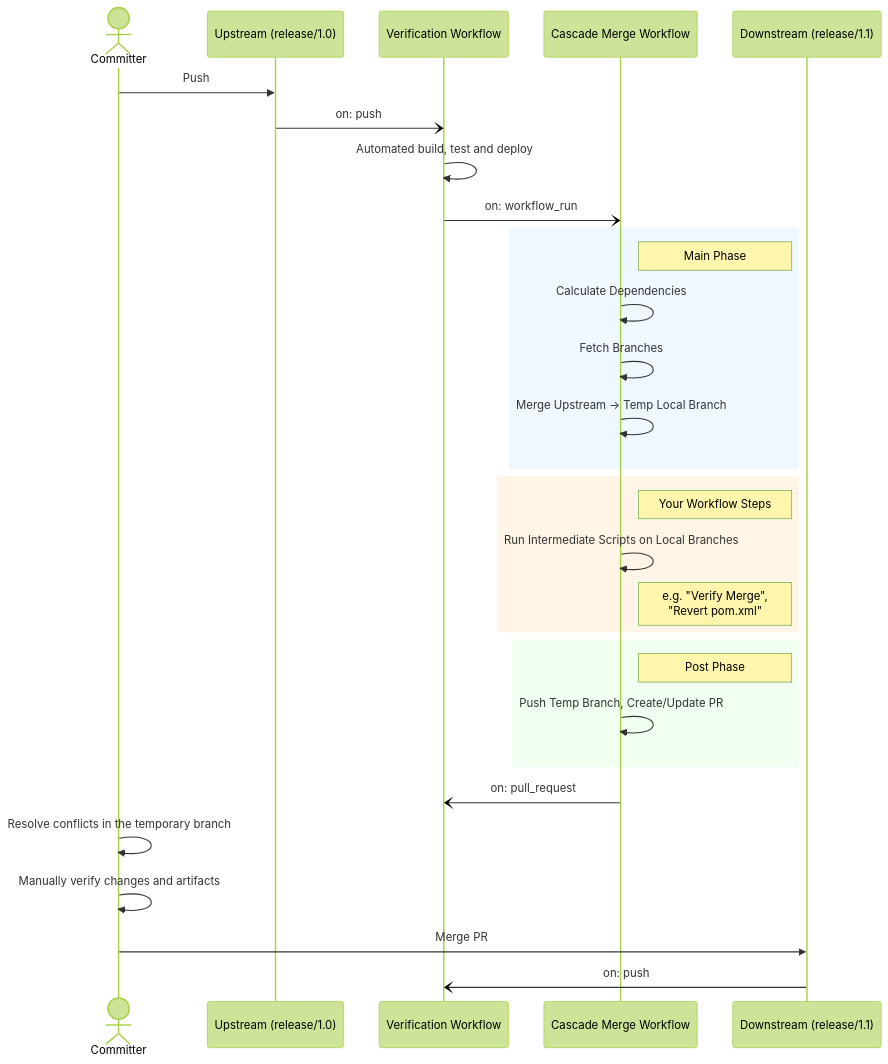
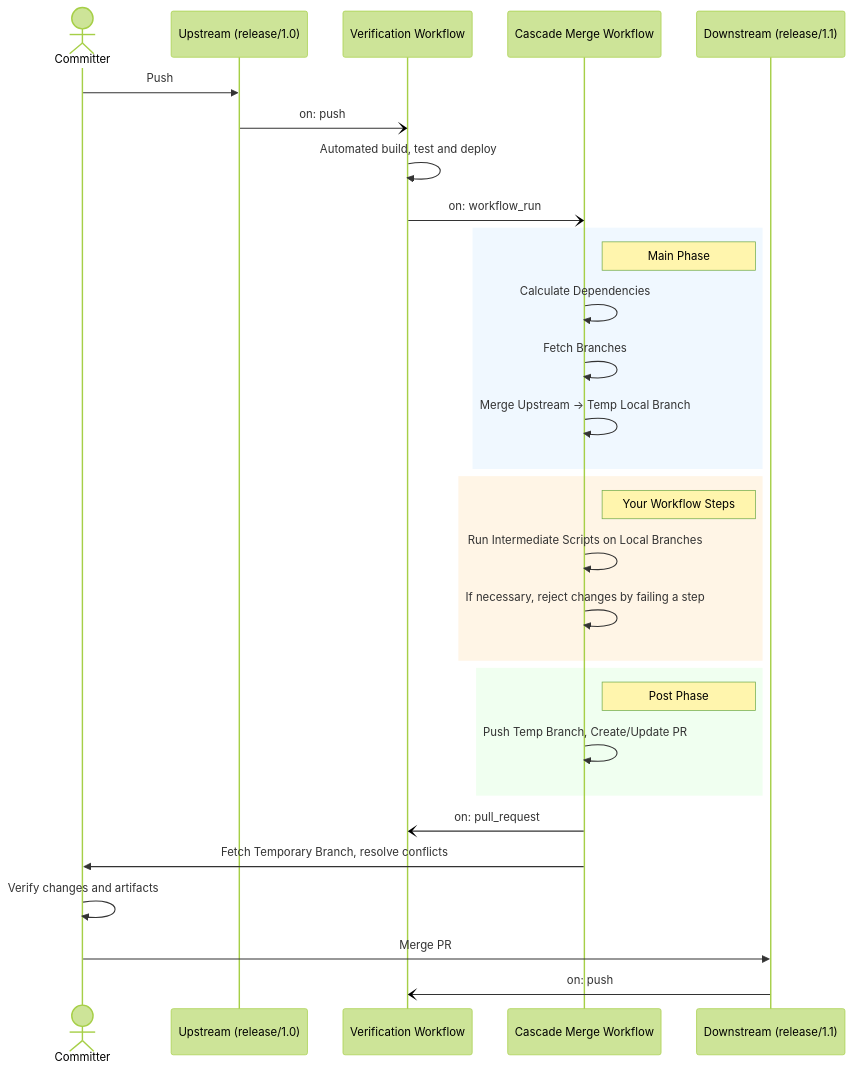
The diagram in README.md (basilevs/cascade-merge), drawn with Mermaid (forest theme) before and after one commit.

````diff
--- a/README.md
+++ b/README.md
@@ -20,37 +20,37 @@
 ```mermaid
 sequenceDiagram
     actor C as Committer
     participant U as Upstream (release/1.0)
     participant GH as Verification Workflow
     participant A as Cascade Merge Workflow
     participant D as Downstream (release/1.1)
 
     C->>U: Push
     U-)GH: on: push
     GH->>GH: Automated build, test and deploy
     GH-)A: on: workflow_run
     
     rect rgb(240, 248, 255)
         note right of A: Main Phase
         A->>A: Calculate Dependencies
         A->>A: Fetch Branches
         A->>A: Merge Upstream -> Temp Local Branch
     end
     
     rect rgb(255, 245, 230)
         note right of A: Your Workflow Steps
         A->>A: Run Intermediate Scripts on Local Branches
-        note right of A: e.g. "Verify Merge",<br/>"Revert pom.xml"
+        A->>A: If necessary, reject changes by failing a step
     end
     
     rect rgb(240, 255, 240)
         note right of A: Post Phase
         A->>A: Push Temp Branch, Create/Update PR
     end
     A-)GH: on: pull_request
-    
-    C->>C: Resolve conflicts in the temporary branch
-    C->>C: Manually verify changes and artifacts
+
+    A->>C: Fetch Temporary Branch, resolve conflicts
+    C->>C: Verify changes and artifacts
     C->>D: Merge PR
     D-)GH: on: push
 ```
````
